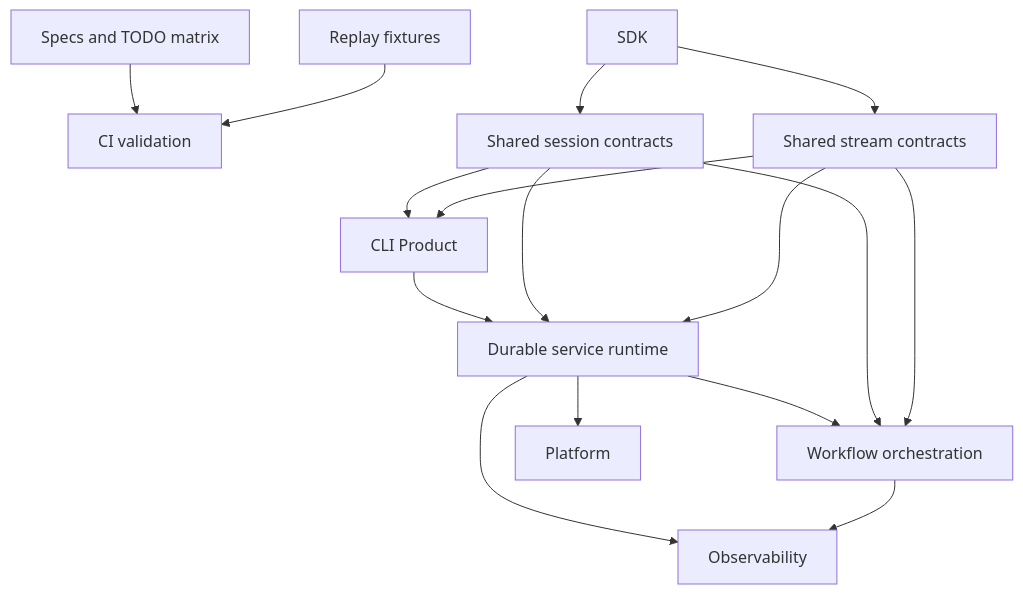
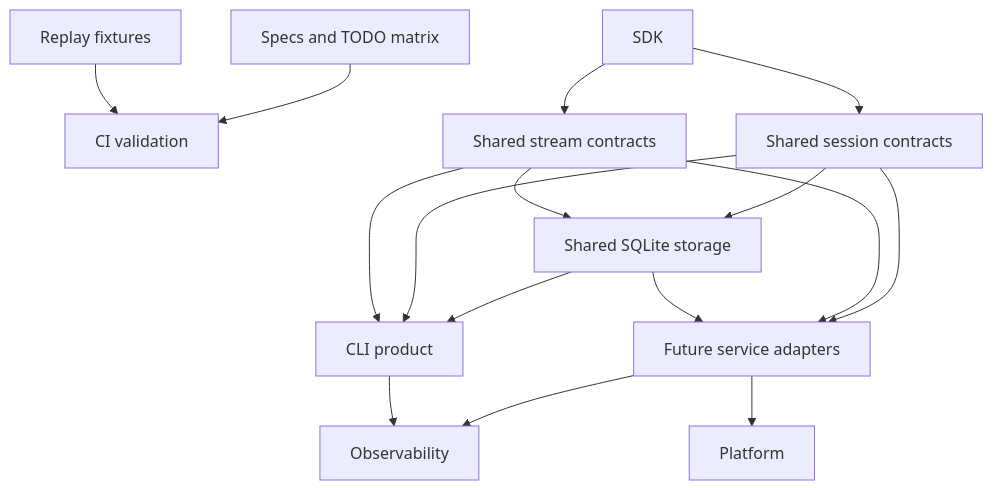
Before and after one commit to Wh1isper/starweaver: the diagram in spec/ops/README.md, drawn with Mermaid. The commit also changed other lines of this file and 216 other files, not shown here.

````diff
--- a/spec/ops/README.md
+++ b/spec/ops/README.md
@@ -21,30 +20,30 @@
 ```mermaid
 flowchart TD
     ci[CI validation]
     replay[Replay fixtures]
     specs[Specs and TODO matrix]
     sdk[SDK]
     session[Shared session contracts]
     stream[Shared stream contracts]
-    service[Durable service runtime]
-    cli[CLI Product]
+    storage[Shared SQLite storage]
+    cli[CLI product]
+    service[Future service adapters]
     observability[Observability]
-    workflow[Workflow orchestration]
     platform[Platform]
 
     specs --> ci
     replay --> ci
     sdk --> session
     sdk --> stream
+    session --> storage
+    stream --> storage
+    storage --> cli
     session --> cli
     stream --> cli
-    cli --> service
     session --> service
     stream --> service
-    service --> workflow
-    session --> workflow
-    stream --> workflow
+    storage --> service
     service --> observability
-    workflow --> observability
+    cli --> observability
     service --> platform
 ```
````
